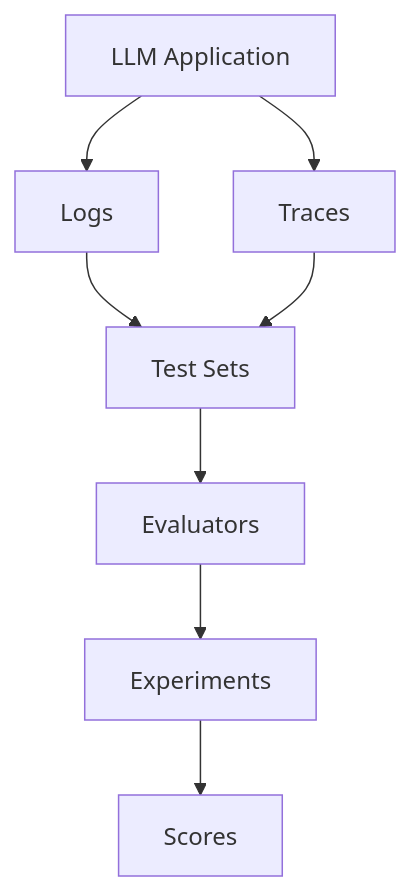
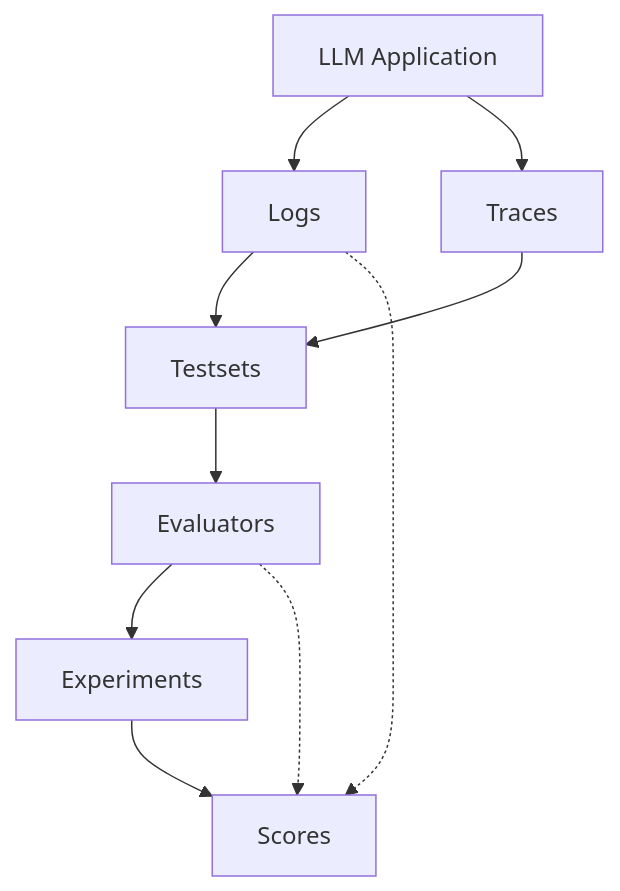
Before and after one commit to Keywords-AI/Keywords-AI-Docs: the diagram in documentation/resources/observability-data-model.mdx, drawn with Mermaid. The commit also changed other lines of this file and 4 other files, not shown here.

````diff
--- a/documentation/resources/observability-data-model.mdx
+++ b/documentation/resources/observability-data-model.mdx
@@ -89,10 +198,12 @@
 ```mermaid
 graph TD
     A[LLM Application] --> B[Logs]
     A --> C[Traces]
-    B --> D[Test Sets]
+    B --> D[Testsets]
     C --> D
     D --> E[Evaluators]
     E --> F[Experiments]
     F --> G[Scores]
+    B -.-> G[Scores]
+    E -.-> G[Scores]
 ```
````
